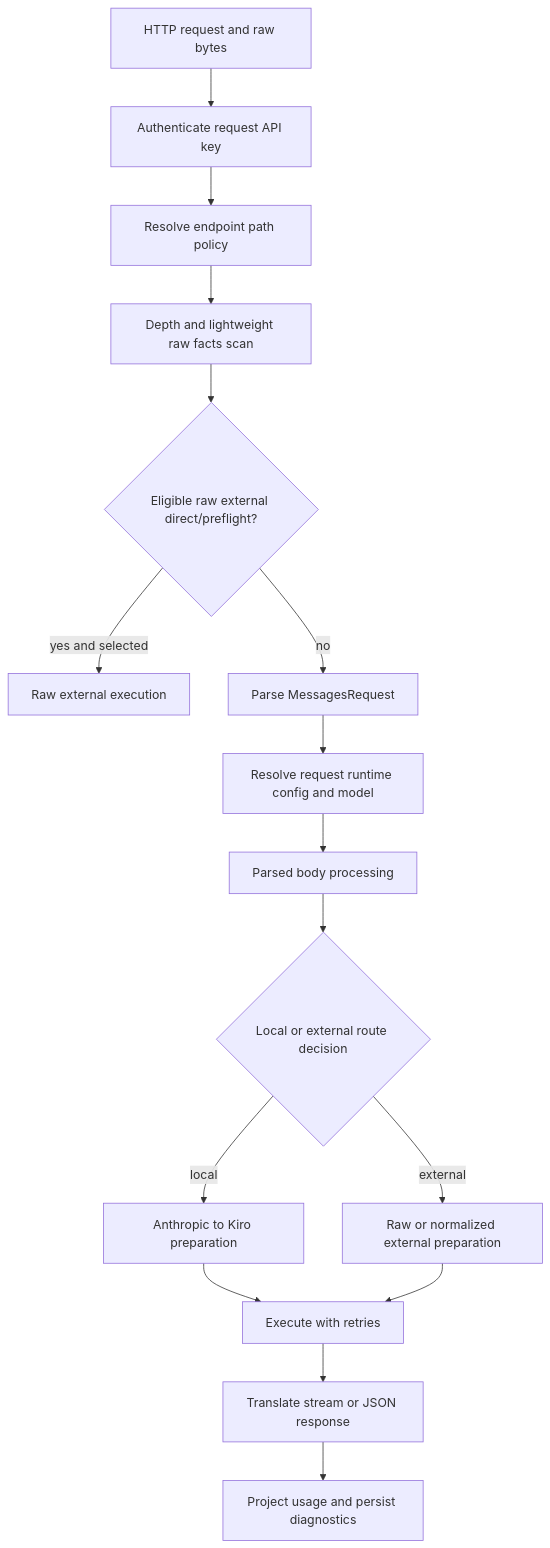
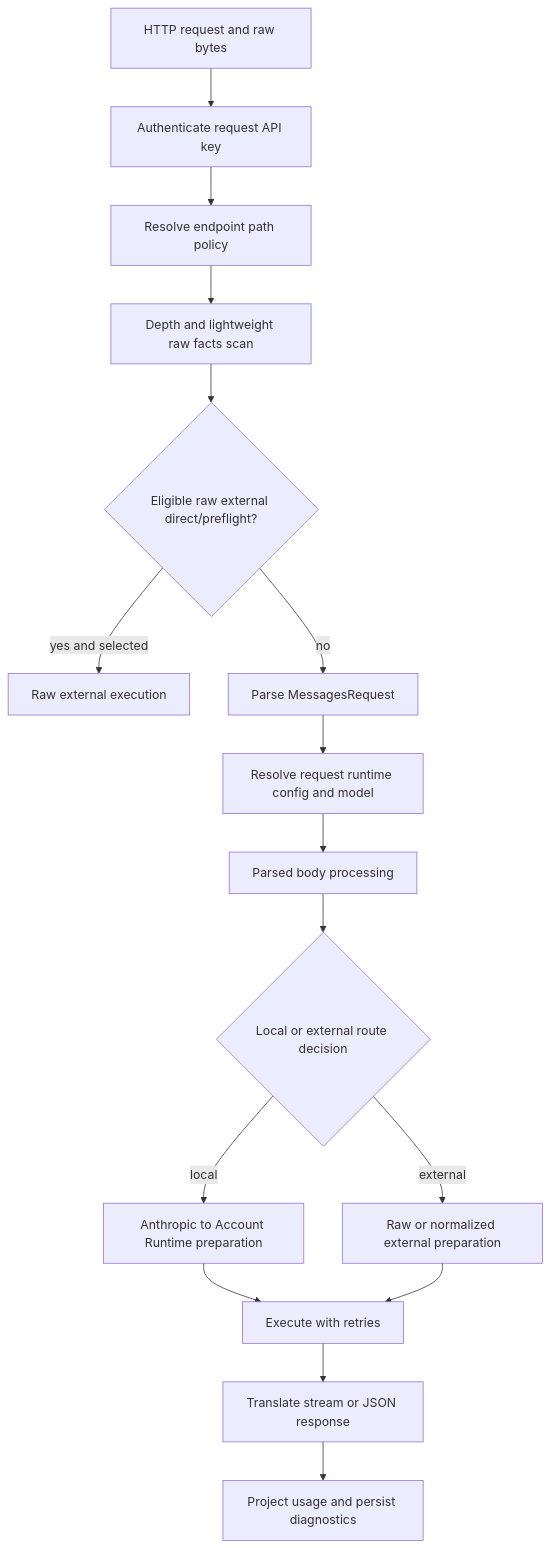
Before and after one commit to 2ue/kiro.rs: the first of 4 diagrams in docs/plantree/baseline/runtime-flows.md, drawn with Mermaid. The commit also changed other lines of this file and 620 other files, not shown here.

````diff
--- a/docs/plantree/baseline/runtime-flows.md
+++ b/docs/plantree/baseline/runtime-flows.md
@@ -28,18 +28,18 @@
 ```mermaid
 flowchart TD
     A[HTTP request and raw bytes] --> B[Authenticate request API key]
     B --> C[Resolve endpoint path policy]
     C --> D[Depth and lightweight raw facts scan]
     D --> E{Eligible raw external direct/preflight?}
     E -->|yes and selected| F[Raw external execution]
     E -->|no| G[Parse MessagesRequest]
     G --> H[Resolve request runtime config and model]
     H --> I[Parsed body processing]
     I --> J{Local or external route decision}
-    J -->|local| K[Anthropic to Kiro preparation]
+    J -->|local| K[Anthropic to Account Runtime preparation]
     J -->|external| L[Raw or normalized external preparation]
     K --> M[Execute with retries]
     L --> M
     M --> N[Translate stream or JSON response]
     N --> O[Project usage and persist diagnostics]
 ```
````
